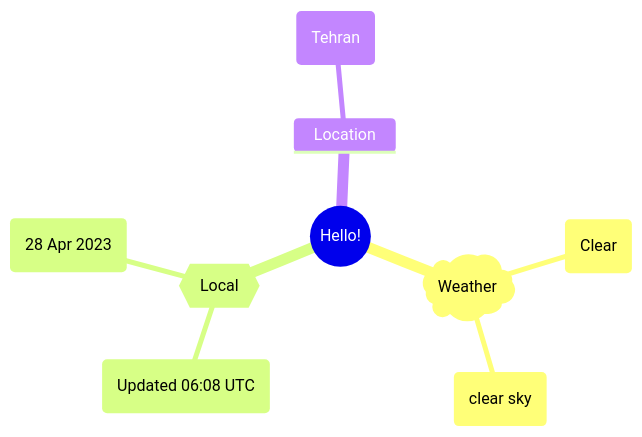
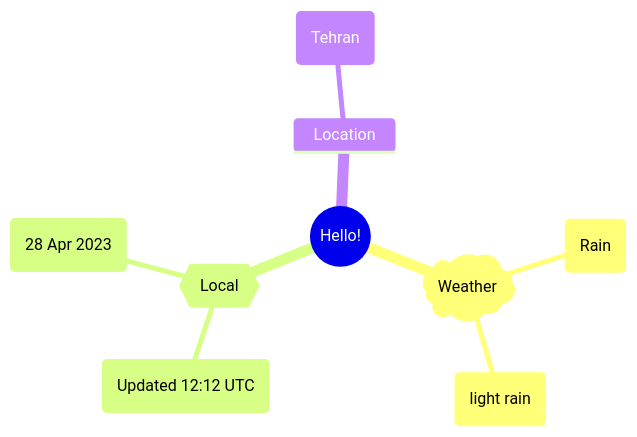
Before and after one commit to Xosrov/Xosrov: the first of 2 diagrams in README.md, drawn with Mermaid.

Commit message:
[bot] updated images

````diff
--- a/README.md
+++ b/README.md
@@ -3,12 +3,12 @@
 ```mermaid
 mindmap
   root((Hello!))
     )Weather(
-        (Clear)
-        (clear sky)
+        (Rain)
+        (light rain)
     {{Local}}
-        (Updated 06:08 UTC)
+        (Updated 12:12 UTC)
         (28 Apr 2023)
     Location
         (Tehran)
 ```
````
